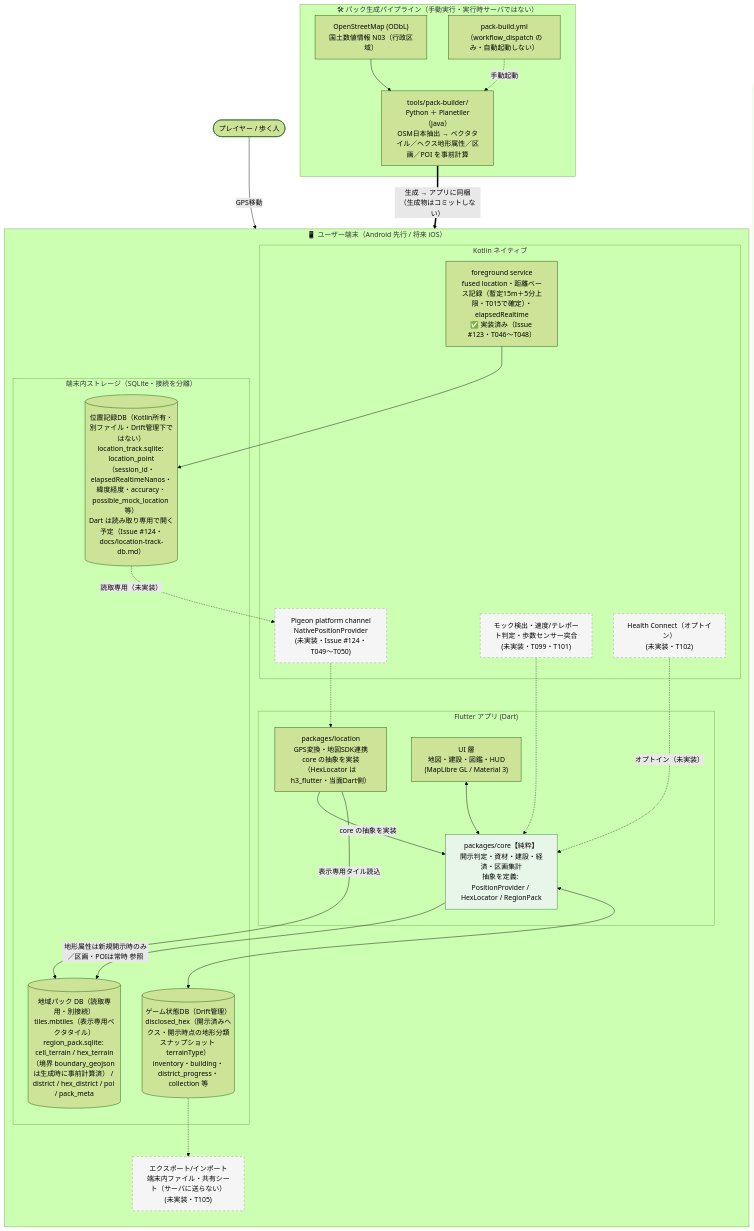
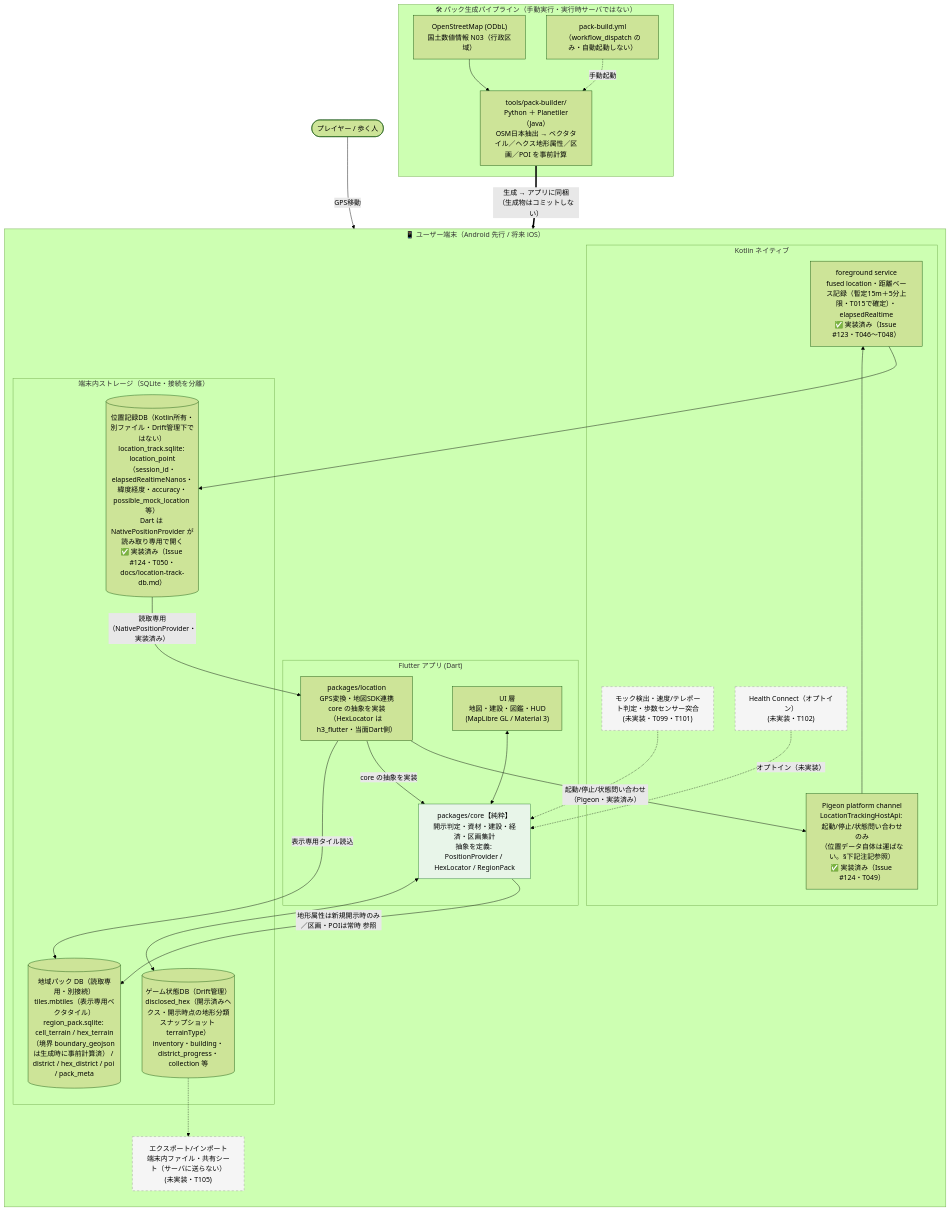
The first of 3 diagrams in docs/architecture.md (rokusoudo-product/terra-town), drawn with Mermaid (forest theme) before and after one commit. The commit also changed other lines of this file and 23 other files, not shown here.

First line of the commit message:
feat: Pigeon で位置記録の制御チャンネルを定義し NativePositionProvider を実装 (T049・T050)

````diff
--- a/docs/architecture.md
+++ b/docs/architecture.md
@@ -11,53 +11,54 @@
 ```mermaid
 flowchart TB
     user([プレイヤー / 歩く人])
 
     subgraph device["📱 ユーザー端末（Android 先行 / 将来 iOS）"]
         direction TB
         subgraph flutter["Flutter アプリ (Dart)"]
             ui["UI 層<br/>地図・建設・図鑑・HUD<br/>(MapLibre GL / Material 3)"]
             core["packages/core【純粋】<br/>開示判定・資材・建設・経済・区画集計<br/>抽象を定義: PositionProvider / HexLocator / RegionPack"]
             loc["packages/location<br/>GPS変換・地図SDK連携<br/>core の抽象を実装（HexLocator は h3_flutter・当面Dart側）"]
         end
         subgraph native["Kotlin ネイティブ"]
             fg["foreground service<br/>fused location・距離ベース記録（暫定15m＋5分上限・T015で確定）・elapsedRealtime<br/>✅ 実装済み（Issue #123・T046〜T048）"]
-            pigeon["Pigeon platform channel<br/>NativePositionProvider<br/>(未実装・Issue #124・T049〜T050)"]
+            pigeon["Pigeon platform channel<br/>LocationTrackingHostApi: 起動/停止/状態問い合わせのみ<br/>（位置データ自体は運ばない。§下記注記参照）<br/>✅ 実装済み（Issue #124・T049）"]
             anti["モック検出・速度/テレポート判定・歩数センサー突合<br/>(未実装・T099・T101)"]
             health["Health Connect（オプトイン）<br/>(未実装・T102)"]
         end
         subgraph store["端末内ストレージ（SQLite・接続を分離）"]
             gamedb[("ゲーム状態DB（Drift管理）<br/>disclosed_hex（開示済みヘクス・開示時点の地形分類スナップショット terrainType）<br/>inventory・building・district_progress・collection 等")]
-            trackdb[("位置記録DB（Kotlin所有・別ファイル・Drift管理下ではない）<br/>location_track.sqlite: location_point（session_id・elapsedRealtimeNanos・緯度経度・accuracy・possible_mock_location 等）<br/>Dart は読み取り専用で開く予定（Issue #124・docs/location-track-db.md）")]
+            trackdb[("位置記録DB（Kotlin所有・別ファイル・Drift管理下ではない）<br/>location_track.sqlite: location_point（session_id・elapsedRealtimeNanos・緯度経度・accuracy・possible_mock_location 等）<br/>Dart は NativePositionProvider が読み取り専用で開く<br/>✅ 実装済み（Issue #124・T050・docs/location-track-db.md）")]
             pack[("地域パック DB（読取専用・別接続）<br/>tiles.mbtiles（表示専用ベクタタイル）<br/>region_pack.sqlite: cell_terrain / hex_terrain（境界 boundary_geojson は生成時に事前計算済） / district / hex_district / poi / pack_meta")]
         end
         exp["エクスポート/インポート<br/>端末内ファイル・共有シート（サーバに送らない）<br/>(未実装・T105)"]
     end
 
     user -->|GPS移動| fg
     fg --> trackdb
-    trackdb -.読取専用（未実装）.-> pigeon
-    pigeon -.-> loc
+    trackdb -->|読取専用（NativePositionProvider・実装済み）| loc
+    loc -->|起動/停止/状態問い合わせ（Pigeon・実装済み）| pigeon
+    pigeon --> fg
     anti -.-> core
     health -.オプトイン（未実装）.-> core
     loc -->|core の抽象を実装| core
     ui <--> core
     loc -->|表示専用タイル読込| pack
     core -->|地形属性は新規開示時のみ／区画・POIは常時 参照| pack
     core <--> gamedb
     gamedb -.-> exp
 
     subgraph packbuild["🛠 パック生成パイプライン（手動実行・実行時サーバではない）"]
         planetiler["tools/pack-builder/<br/>Python ＋ Planetiler（Java）<br/>OSM日本抽出 → ベクタタイル／ヘクス地形属性／区画／POI を事前計算"]
         osm["OpenStreetMap (ODbL)<br/>国土数値情報 N03（行政区域）"]
         ghaction["pack-build.yml<br/>（workflow_dispatch のみ・自動起動しない）"]
     end
 
     osm --> planetiler
     ghaction -.手動起動.-> planetiler
     planetiler ==>|生成 → アプリに同梱<br/>（生成物はコミットしない）| pack
 
     classDef pure fill:#e8f5e9,stroke:#2e7d32;
     classDef planned stroke-dasharray: 5 5,fill:#f5f5f5,stroke:#9e9e9e;
     class core pure
-    class pigeon,anti,health,exp planned
+    class anti,health,exp planned
 ```
````
